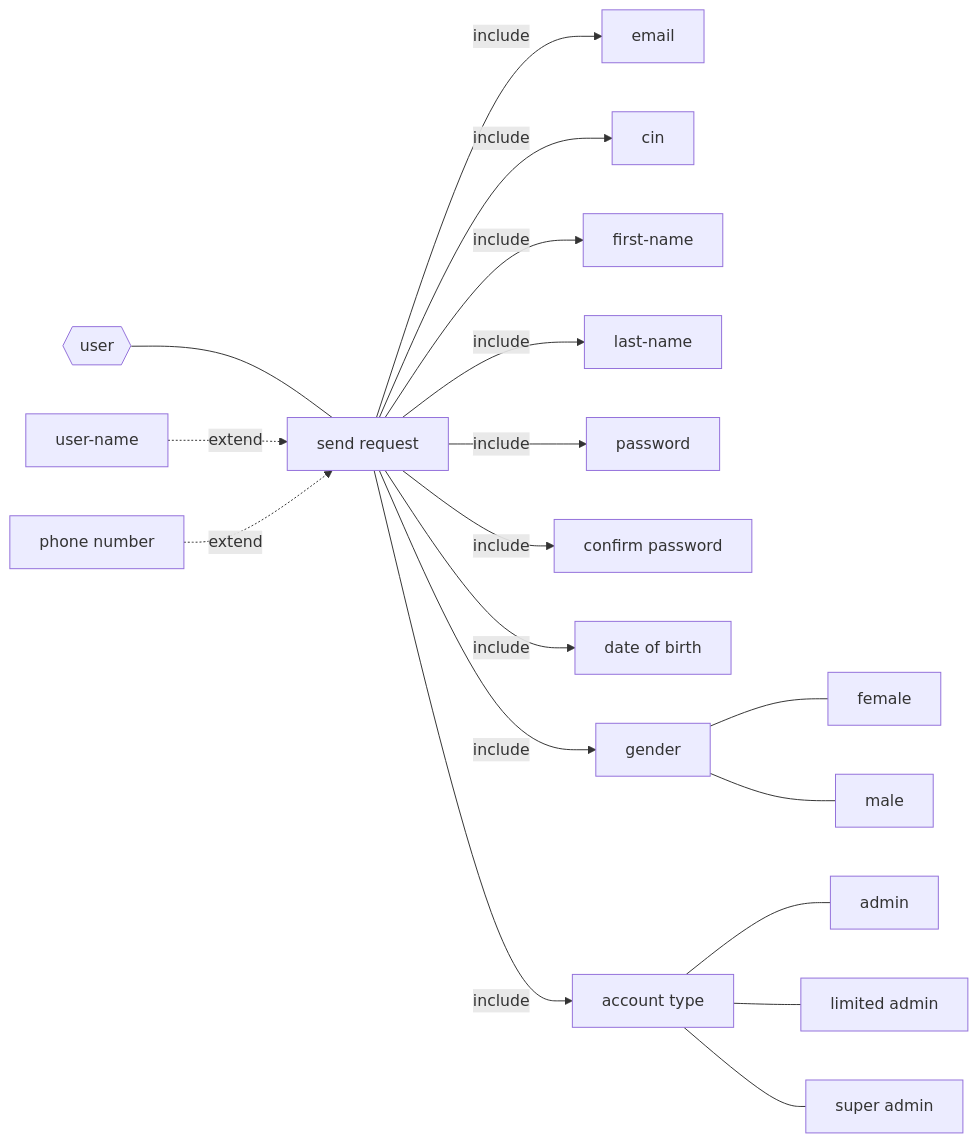
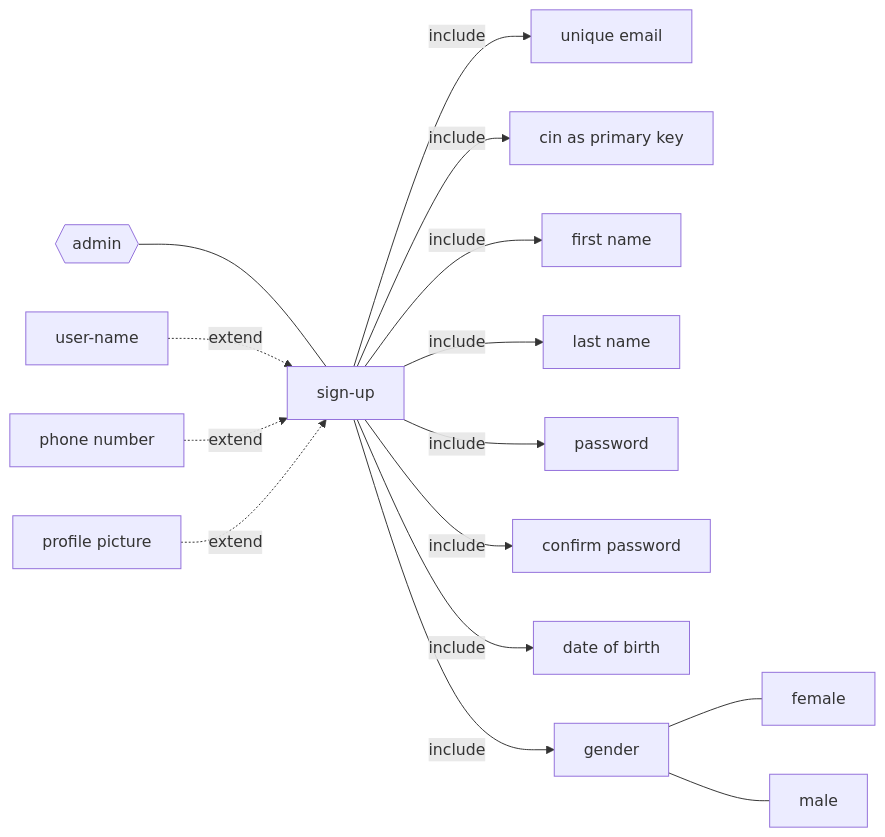
One commit to idlli/E-Campus changed the first of 2 diagrams in diagrams/sign-up.md. Above: the diagram before and after it, drawn with Mermaid. The commit also changed other lines of this file, not shown here.

````diff
--- a/diagrams/sign-up.md
+++ b/diagrams/sign-up.md
@@ -2,20 +2,9 @@
 ```mermaid
 graph LR
-    user{{user}} --- s-request[send request]
-    s-request --> |include| email
-    s-request --> |include| cin
-    s-request --> |include| f-name[first-name]
-    s-request --> |include| l-name[last-name]
-    s-request --> |include| password
-    s-request --> |include| c-password[confirm password]
-    s-request --> |include| d-birth[date of birth]
-    s-request --> |include| gender
-    gender --- female
-    gender --- male
-    s-request --> |include| a-type[account type]
-    a-type --- admin[admin]
-    a-type --- l-admin[limited admin]
-    a-type --- s-admin[super admin]
-    u-name[user-name] -.-> |extend| s-request
-    p-number[phone number] -.-> |extend| s-request
+    admin{{admin}} --- sign-up
+    sign-up --> |include| email[unique email] & cin[cin as primary key] & f-name[first name] & l-name[last name] & password & c-password[confirm password] & d-birth[date of birth] & gender
+    gender --- female & male    
+    u-name[user-name] & p-number[phone number] & avatar[profile picture] -.-> |extend| sign-up
+    
+    %% EFP ?
 ```
````
